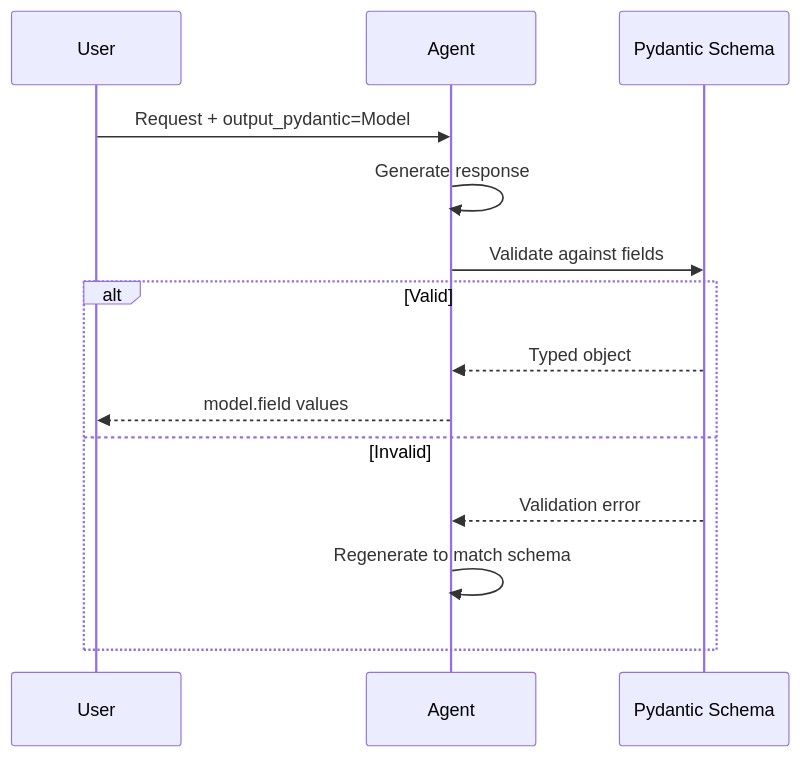
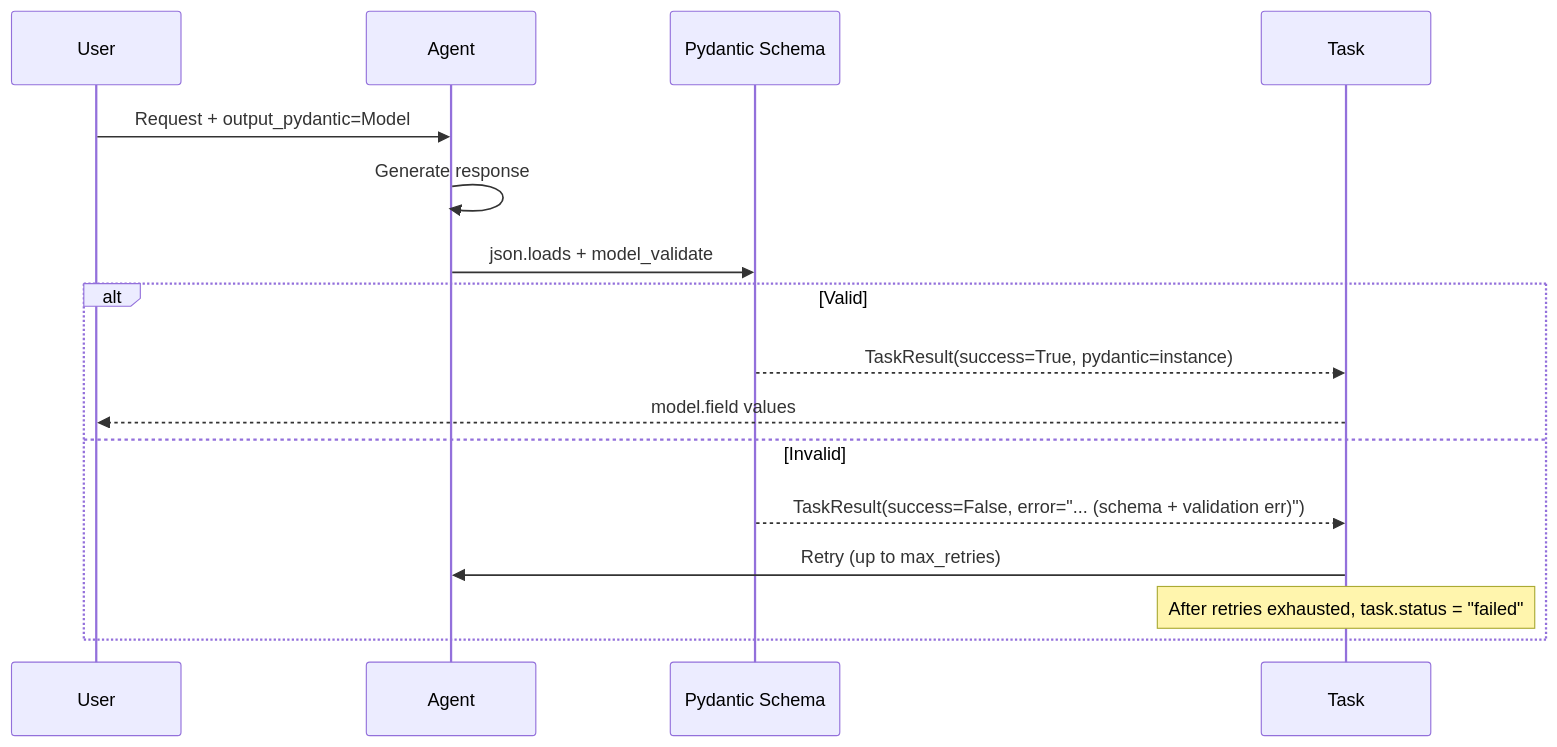
Before and after one commit to MervinPraison/PraisonAIDocs: the second of 3 diagrams in docs/features/structured.mdx, drawn with Mermaid. The commit also changed other lines of this file and 2 other files, not shown here.

````diff
--- a/docs/features/structured.mdx
+++ b/docs/features/structured.mdx
@@ -113,17 +113,19 @@
 ```mermaid
 sequenceDiagram
     participant User
     participant Agent
     participant Schema as Pydantic Schema
+    participant Task
 
     User->>Agent: Request + output_pydantic=Model
     Agent->>Agent: Generate response
-    Agent->>Schema: Validate against fields
+    Agent->>Schema: json.loads + model_validate
     alt Valid
-        Schema-->>Agent: Typed object
-        Agent-->>User: model.field values
+        Schema-->>Task: TaskResult(success=True, pydantic=instance)
+        Task-->>User: model.field values
     else Invalid
-        Schema-->>Agent: Validation error
-        Agent->>Agent: Regenerate to match schema
+        Schema-->>Task: TaskResult(success=False, error="... (schema + validation err)")
+        Task->>Agent: Retry (up to max_retries)
+        Note over Task: After retries exhausted, task.status = "failed"
     end
 ```
````
